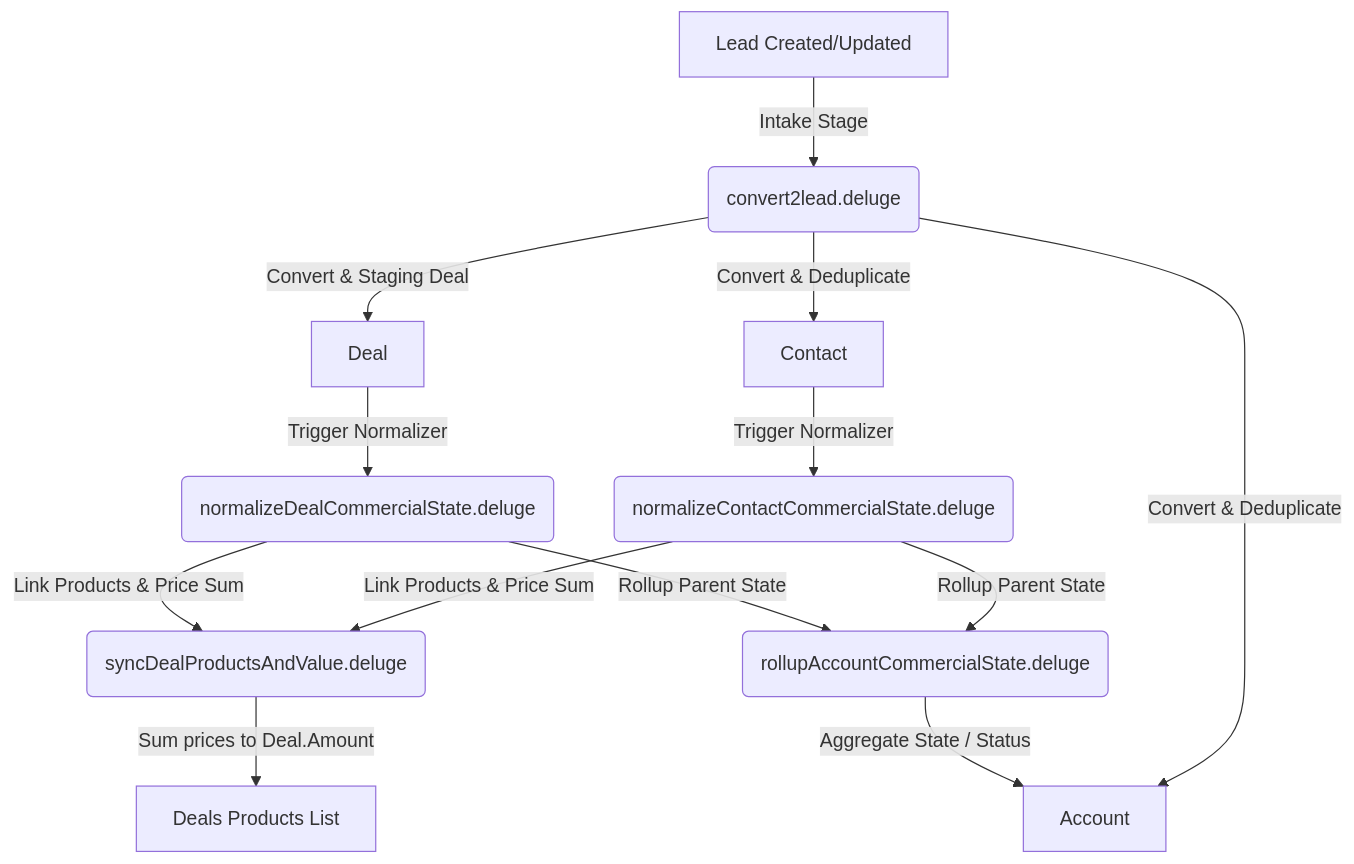
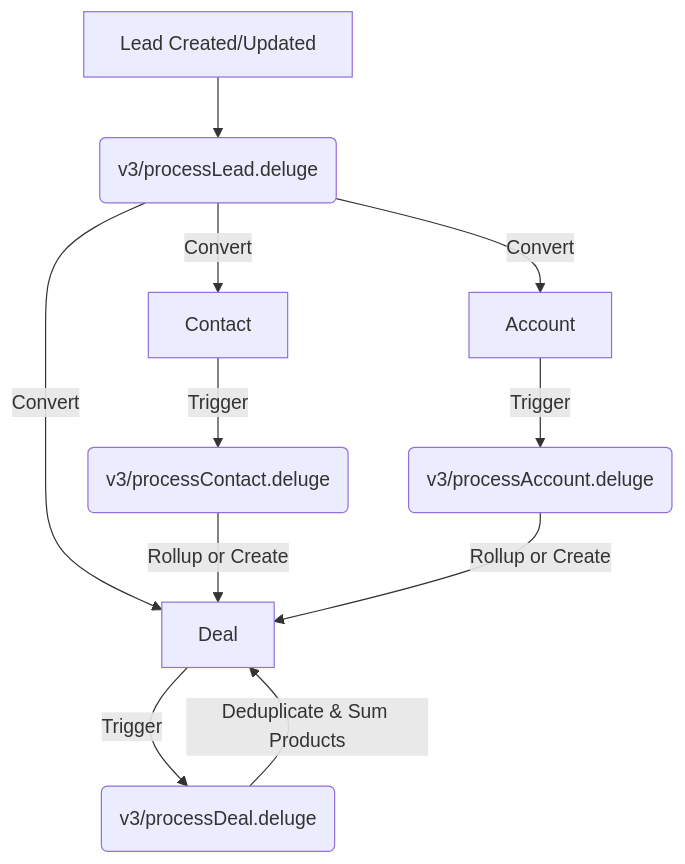
The diagram in README.md (tsolomon89/zoho-functions), drawn with Mermaid before and after one commit. The commit also changed other lines of this file and 1 other file, not shown here.

Commit message:
docs: update documentation for v3 architecture

````diff
--- a/README.md
+++ b/README.md
@@ -11,18 +11,16 @@
 ```mermaid
 graph TD
-    A[Lead Created/Updated] -->|Intake Stage| B(convert2lead.deluge)
-    B -->|Convert & Deduplicate| C[Contact]
-    B -->|Convert & Deduplicate| D[Account]
-    B -->|Convert & Staging Deal| E[Deal]
+    A[Lead Created/Updated] --> B(v3/processLead.deluge)
+    B -->|Convert| C[Contact]
+    B -->|Convert| D[Account]
+    B -->|Convert| G[Deal]
     
-    C -->|Trigger Normalizer| F(normalizeContactCommercialState.deluge)
-    E -->|Trigger Normalizer| G(normalizeDealCommercialState.deluge)
+    C -->|Trigger| E(v3/processContact.deluge)
+    D -->|Trigger| F(v3/processAccount.deluge)
     
-    F -->|Link Products & Price Sum| H(syncDealProductsAndValue.deluge)
-    G -->|Link Products & Price Sum| H
+    E -->|Rollup or Create| G
+    F -->|Rollup or Create| G
     
-    H -->|Sum prices to Deal.Amount| I[Deals Products List]
-    F -->|Rollup Parent State| J(rollupAccountCommercialState.deluge)
-    G -->|Rollup Parent State| J
-    J -->|Aggregate State / Status| D
+    G -->|Trigger| H(v3/processDeal.deluge)
+    H -->|Deduplicate & Sum Products| G
 ```
````
